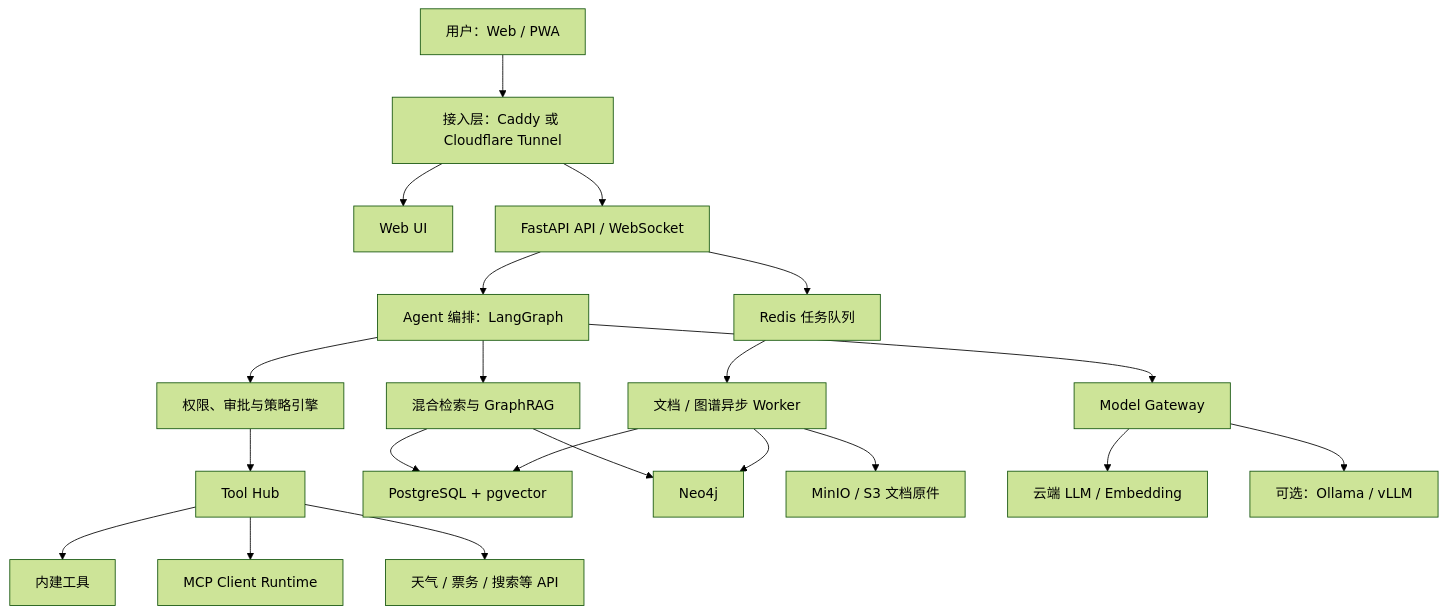
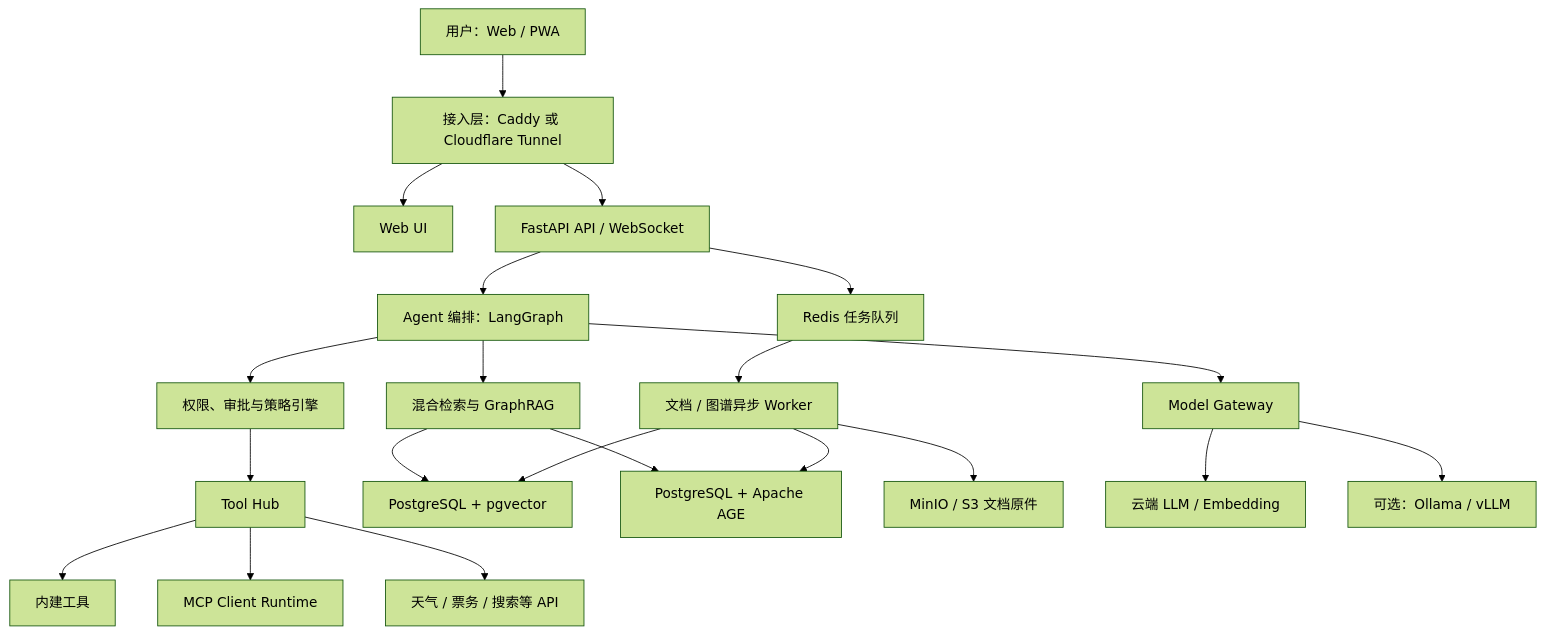
The first of 3 diagrams in docs/personal-ai-assistant-design.md (JamesHuang430/personal-AI-agent), drawn with Mermaid (forest theme) before and after one commit. The commit also changed other lines of this file and 35 other files, not shown here.

Commit message:
feat: add persistent hybrid memory graph

````diff
--- a/docs/personal-ai-assistant-design.md
+++ b/docs/personal-ai-assistant-design.md
@@ -60,27 +60,27 @@
 ```mermaid
 flowchart TB
     U["用户：Web / PWA"] --> EDGE["接入层：Caddy 或 Cloudflare Tunnel"]
     EDGE --> WEB["Web UI"]
     EDGE --> API["FastAPI API / WebSocket"]
 
     API --> AGENT["Agent 编排：LangGraph"]
     AGENT --> POLICY["权限、审批与策略引擎"]
     POLICY --> TOOL["Tool Hub"]
     TOOL --> BUILTIN["内建工具"]
     TOOL --> MCP["MCP Client Runtime"]
     TOOL --> PROVIDER["天气 / 票务 / 搜索等 API"]
 
     AGENT --> RETRIEVAL["混合检索与 GraphRAG"]
     RETRIEVAL --> PG["PostgreSQL + pgvector"]
-    RETRIEVAL --> GRAPH["Neo4j"]
+    RETRIEVAL --> GRAPH["PostgreSQL + Apache AGE"]
 
     API --> QUEUE["Redis 任务队列"]
     QUEUE --> WORKER["文档 / 图谱异步 Worker"]
     WORKER --> OBJECT["MinIO / S3 文档原件"]
     WORKER --> PG
     WORKER --> GRAPH
 
     AGENT --> MODEL["Model Gateway"]
     MODEL --> CLOUD["云端 LLM / Embedding"]
     MODEL --> LOCAL["可选：Ollama / vLLM"]
 ```
````
